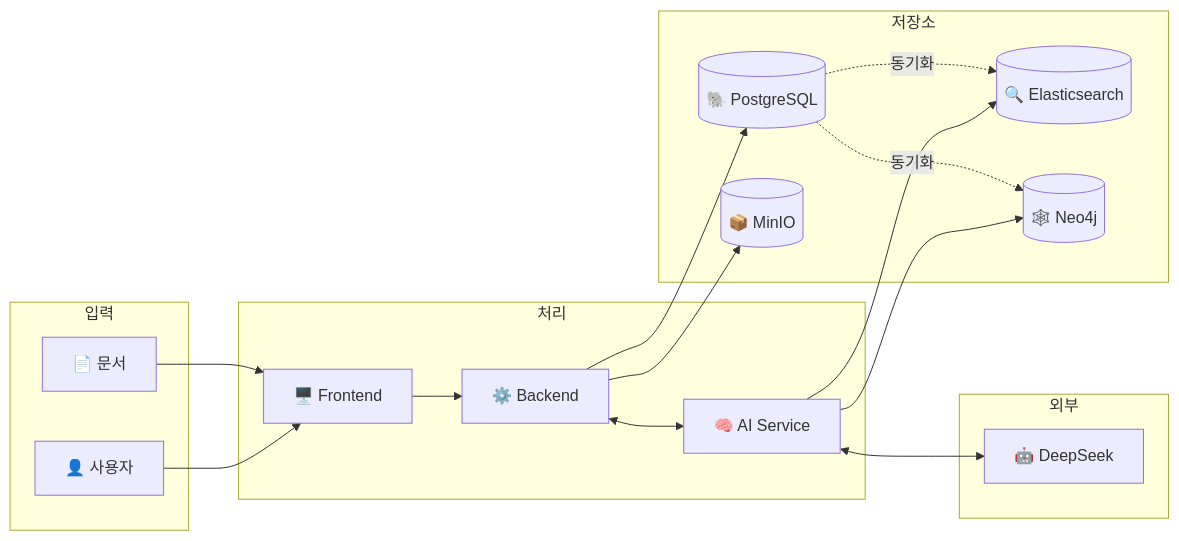
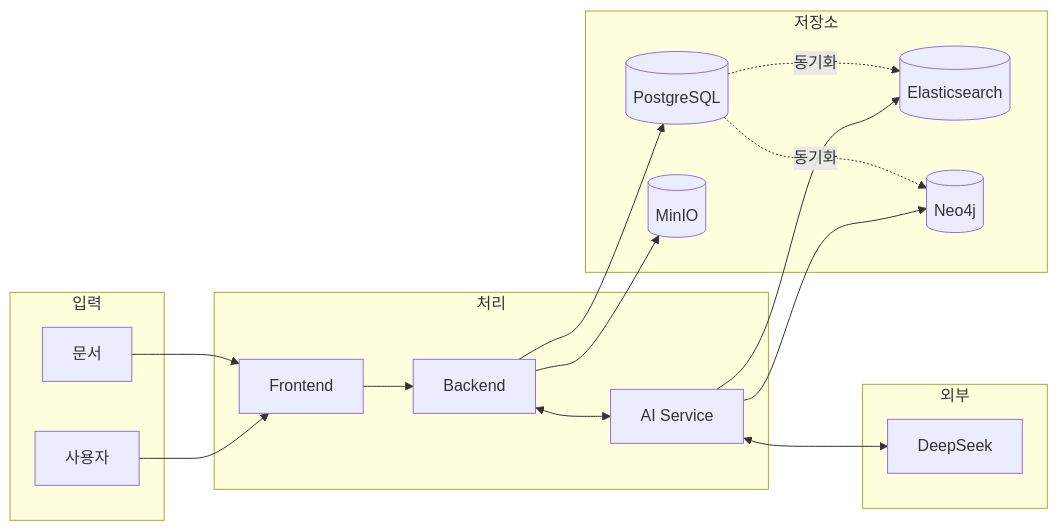
One commit to k82022603/hybrid-rag-knowledge-ops changed the third of 6 diagrams in knowledge_service/docs/02_design/infrastructure_detailed_design.md. Above: the diagram before and after it, drawn with Mermaid. The commit also changed other lines of this file and 32 other files, not shown here.

````diff
--- a/knowledge_service/docs/02_design/infrastructure_detailed_design.md
+++ b/knowledge_service/docs/02_design/infrastructure_detailed_design.md
@@ -244,37 +258,37 @@
 ```mermaid
 flowchart LR
     subgraph Input["입력"]
-        User["👤 사용자"]
-        Doc["📄 문서"]
+        User["사용자"]
+        Doc["문서"]
     end
 
     subgraph Process["처리"]
-        FE["🖥️ Frontend"]
-        BE["⚙️ Backend"]
-        AI["🧠 AI Service"]
+        FE["Frontend"]
+        BE["Backend"]
+        AI["AI Service"]
     end
 
     subgraph Storage["저장소"]
-        PG[("🐘 PostgreSQL")]
-        ES[("🔍 Elasticsearch")]
-        Neo[("🕸️ Neo4j")]
-        MinIO[("📦 MinIO")]
+        PG[("PostgreSQL")]
+        ES[("Elasticsearch")]
+        Neo[("Neo4j")]
+        MinIO[("MinIO")]
     end
 
     subgraph External["외부"]
-        DS["🤖 DeepSeek"]
+        DS["DeepSeek"]
     end
 
     User --> FE --> BE
     Doc --> FE
     BE <--> AI
     AI <--> DS
 
     BE --> PG
     BE --> MinIO
     AI --> ES
     AI --> Neo
 
     PG -.->|"동기화"| ES
     PG -.->|"동기화"| Neo
 ```
````
